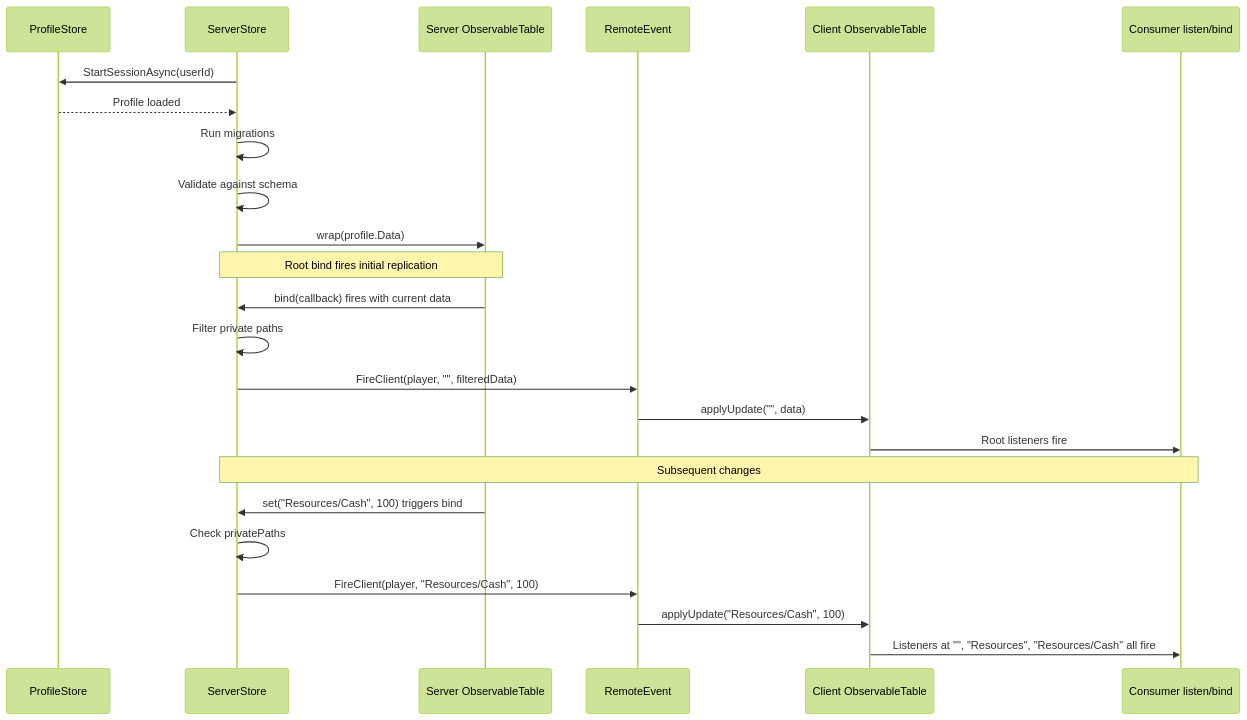
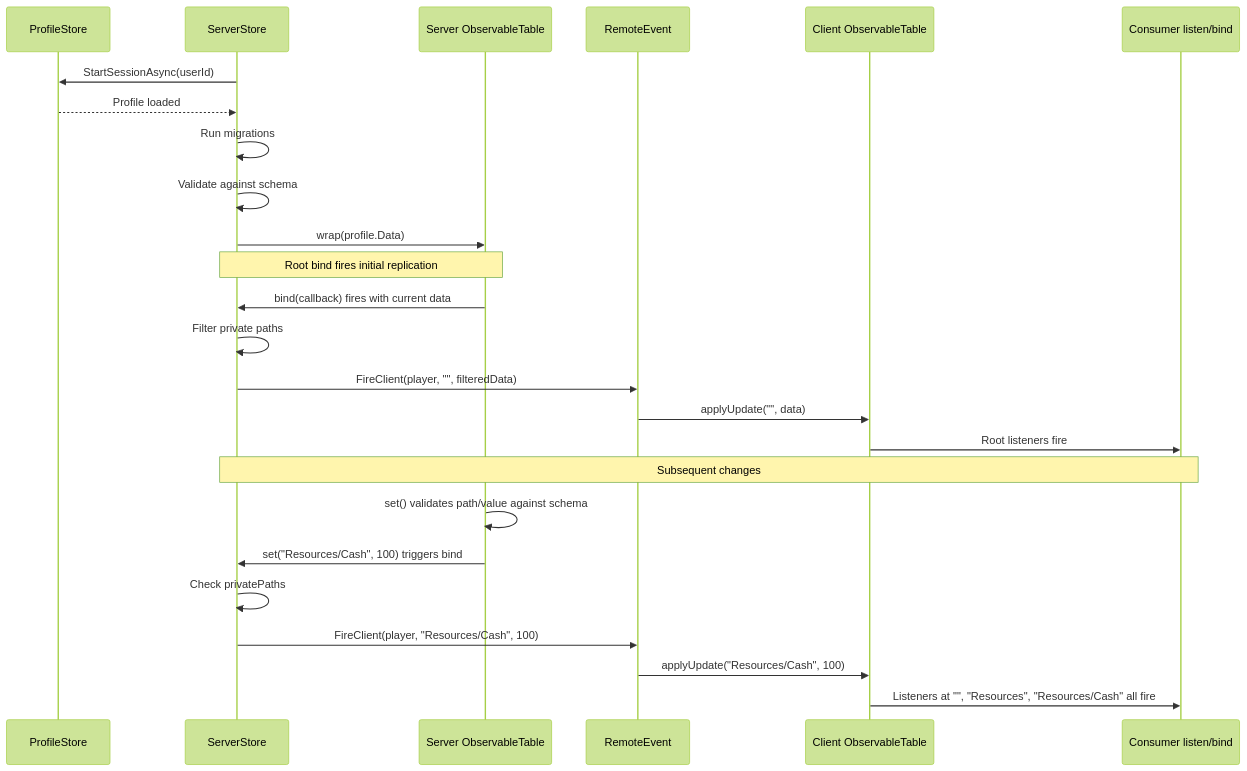
One commit to daireb/PlayerStore changed the second of 2 diagrams in ARCHITECTURE.md. Above: the diagram before and after it, drawn with Mermaid (forest theme). The commit also changed other lines of this file and 8 other files, not shown here.

````diff
--- a/ARCHITECTURE.md
+++ b/ARCHITECTURE.md
@@ -47,29 +49,30 @@
 ```mermaid
 sequenceDiagram
     participant PS as ProfileStore
     participant SS as ServerStore
     participant SOT as Server ObservableTable
     participant RE as RemoteEvent
     participant COT as Client ObservableTable
     participant CB as Consumer listen/bind
 
     SS->>PS: StartSessionAsync(userId)
     PS-->>SS: Profile loaded
     SS->>SS: Run migrations
     SS->>SS: Validate against schema
     SS->>SOT: wrap(profile.Data)
 
     Note over SS,SOT: Root bind fires initial replication
     SOT->>SS: bind(callback) fires with current data
     SS->>SS: Filter private paths
     SS->>RE: FireClient(player, "", filteredData)
     RE->>COT: applyUpdate("", data)
     COT->>CB: Root listeners fire
 
     Note over SS,CB: Subsequent changes
+    SOT->>SOT: set() validates path/value against schema
     SOT->>SS: set("Resources/Cash", 100) triggers bind
     SS->>SS: Check privatePaths
     SS->>RE: FireClient(player, "Resources/Cash", 100)
     RE->>COT: applyUpdate("Resources/Cash", 100)
     COT->>CB: Listeners at "", "Resources", "Resources/Cash" all fire
 ```
````
